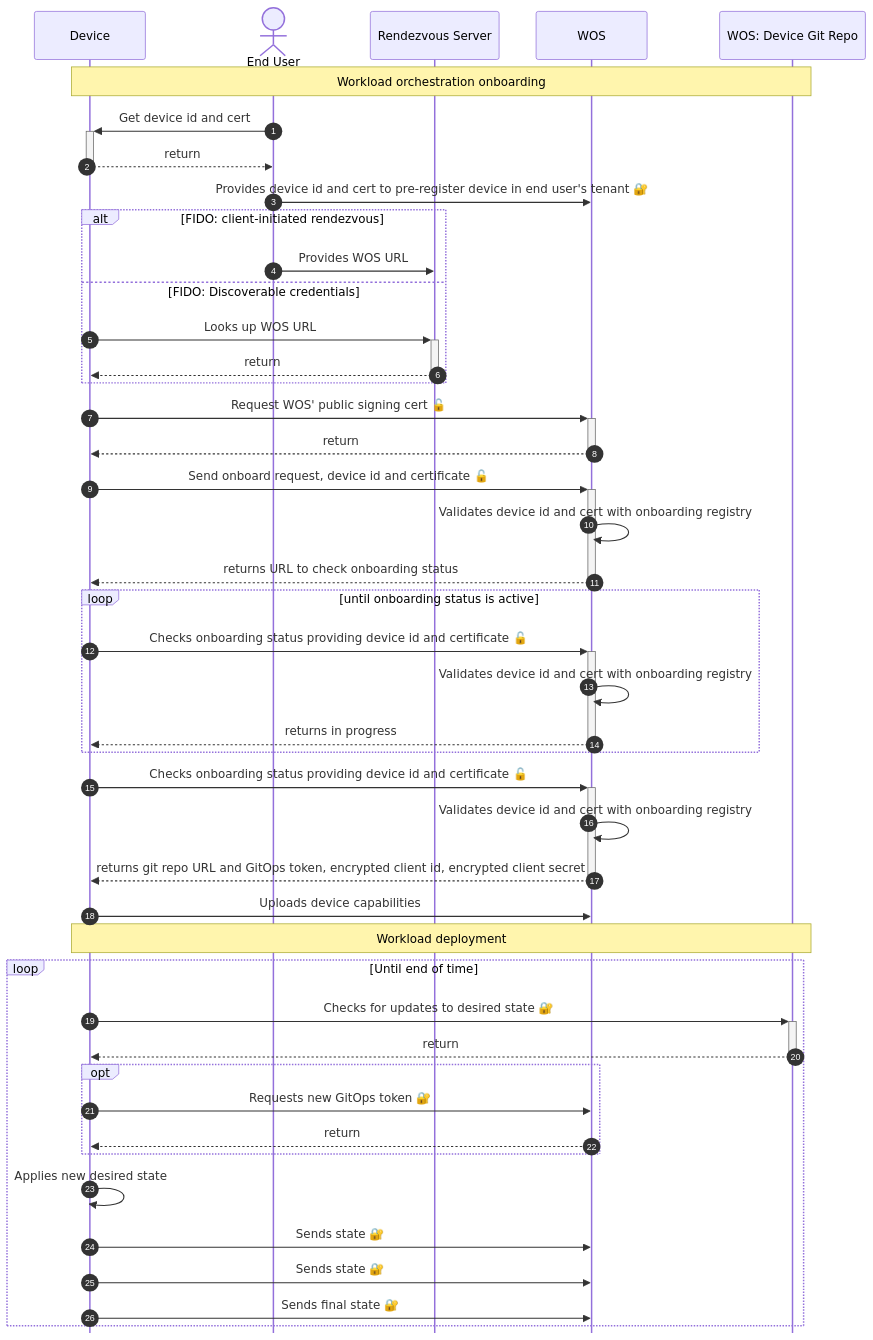
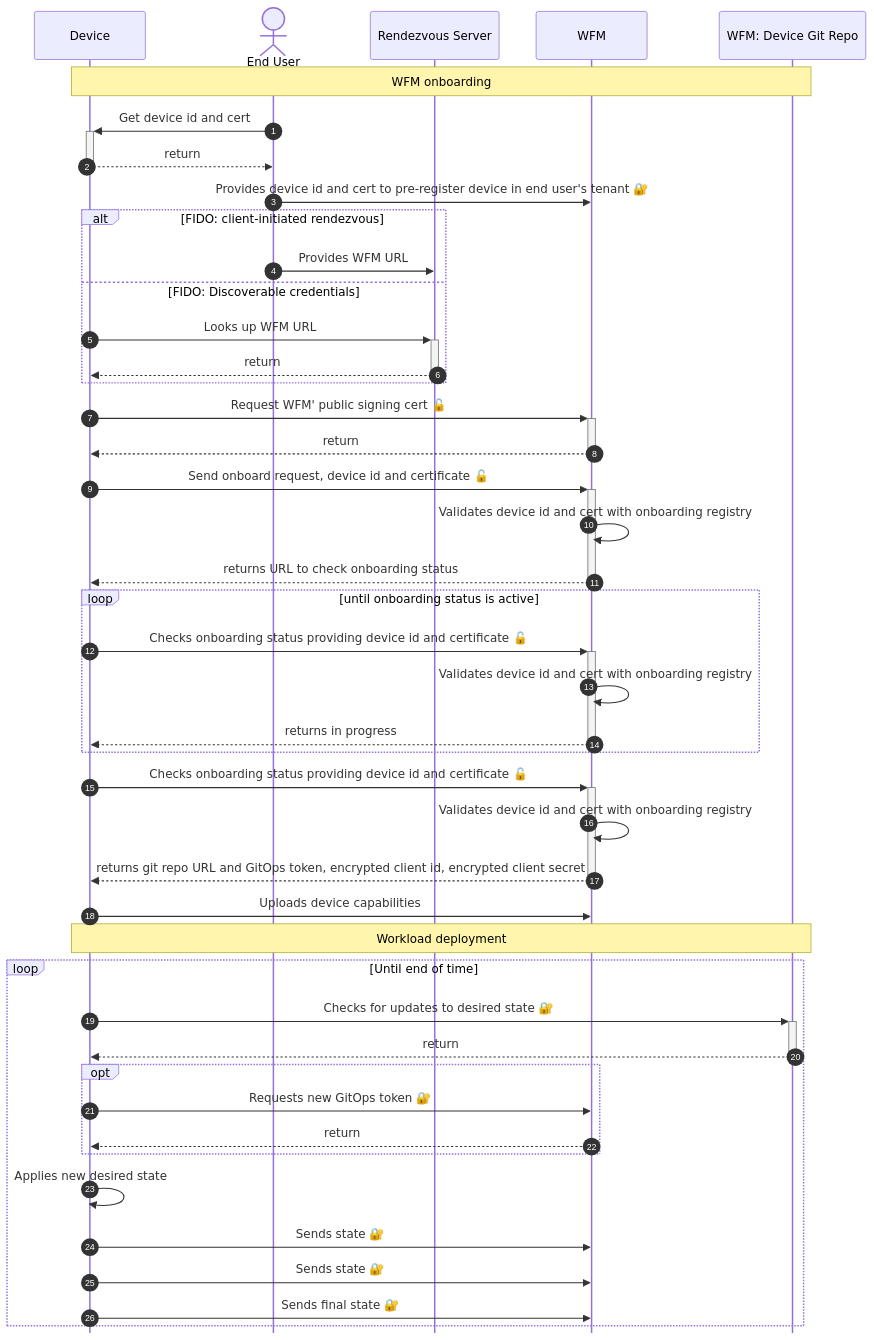
Before and after one commit to margo/specification: the diagram in system-design/fleet-management/workload/workload-fleet-management-edge-onboarding.md, drawn with Mermaid. The commit also changed other lines of this file, not shown here.

Commit message:
fix: rename wos to wfm
Workload Orchestration Service (WOS) has been renamed to Workload Fleet
Management (WFM) after this PR was originally created. This commit fixes
it.

````diff
--- a/system-design/fleet-management/workload/workload-fleet-management-edge-onboarding.md
+++ b/system-design/fleet-management/workload/workload-fleet-management-edge-onboarding.md
@@ -20,52 +20,52 @@
 ``` mermaid
 sequenceDiagram
     %%{init: {'sequence': {'mirrorActors': false}}}%%
     autonumber
     participant device as Device
     actor user as End User
     participant rendezvous as Rendezvous Server
-    participant wos as WOS
-    participant git as WOS: Device Git Repo   
-    note over device, git: Workload orchestration onboarding
+    participant wfm as WFM
+    participant git as WFM: Device Git Repo   
+    note over device, git: WFM onboarding
     user ->>+ device: Get device id and cert
     device -->>- user: return
-    user ->> wos: Provides device id and cert to pre-register device in end user's tenant 🔐
+    user ->> wfm: Provides device id and cert to pre-register device in end user's tenant 🔐
      
     %% A background highlight could be also used here
     %% https://mermaid.js.org/syntax/sequenceDiagram.html#background-highlighting
     alt FIDO: client-initiated rendezvous
-        user ->> rendezvous: Provides WOS URL
+        user ->> rendezvous: Provides WFM URL
     else FIDO: Discoverable credentials
-        device ->>+ rendezvous: Looks up WOS URL
+        device ->>+ rendezvous: Looks up WFM URL
         rendezvous -->>- device: return
     end
-    device ->>+ wos: Request WOS' public signing cert 🔓
-    wos -->>- device: return
-    device ->>+ wos: Send onboard request, device id and certificate 🔓
-    wos ->> wos: Validates device id and cert with onboarding registry
-    wos -->>- device: returns URL to check onboarding status
+    device ->>+ wfm: Request WFM' public signing cert 🔓
+    wfm -->>- device: return
+    device ->>+ wfm: Send onboard request, device id and certificate 🔓
+    wfm ->> wfm: Validates device id and cert with onboarding registry
+    wfm -->>- device: returns URL to check onboarding status
     
     loop until onboarding status is active   
-        device ->>+ wos: Checks onboarding status providing device id and certificate 🔓
-        wos ->> wos: Validates device id and cert with onboarding registry
-        wos -->>- device: returns in progress
+        device ->>+ wfm: Checks onboarding status providing device id and certificate 🔓
+        wfm ->> wfm: Validates device id and cert with onboarding registry
+        wfm -->>- device: returns in progress
     end
-    device ->>+ wos: Checks onboarding status providing device id and certificate 🔓
-    wos ->> wos: Validates device id and cert with onboarding registry
-    wos -->>- device: returns git repo URL and GitOps token, encrypted client id, encrypted client secret
+    device ->>+ wfm: Checks onboarding status providing device id and certificate 🔓
+    wfm ->> wfm: Validates device id and cert with onboarding registry
+    wfm -->>- device: returns git repo URL and GitOps token, encrypted client id, encrypted client secret
     
-    device ->> wos: Uploads device capabilities
+    device ->> wfm: Uploads device capabilities
     note over device, git: Workload deployment
     loop Until end of time
         device ->>+ git: Checks for updates to desired state 🔐
         git -->>- device: return
         opt
-            device ->> wos: Requests new GitOps token 🔐
-            wos -->> device: return
+            device ->> wfm: Requests new GitOps token 🔐
+            wfm -->> device: return
         end
         device ->> device: Applies new desired state
-        device ->> wos: Sends state 🔐
-        device ->> wos: Sends state 🔐
-        device ->> wos: Sends final state 🔐
+        device ->> wfm: Sends state 🔐
+        device ->> wfm: Sends state 🔐
+        device ->> wfm: Sends final state 🔐
     end    
 ```
````
